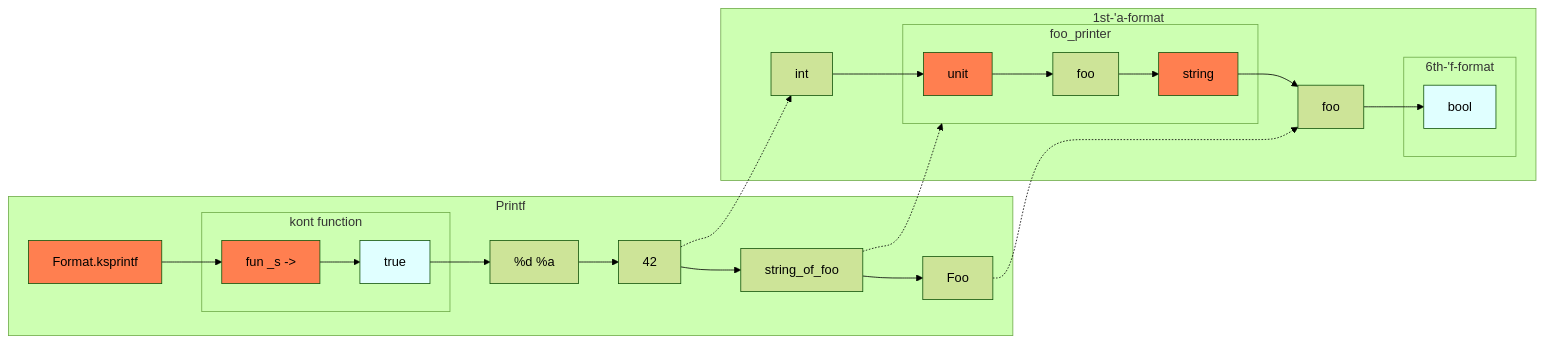
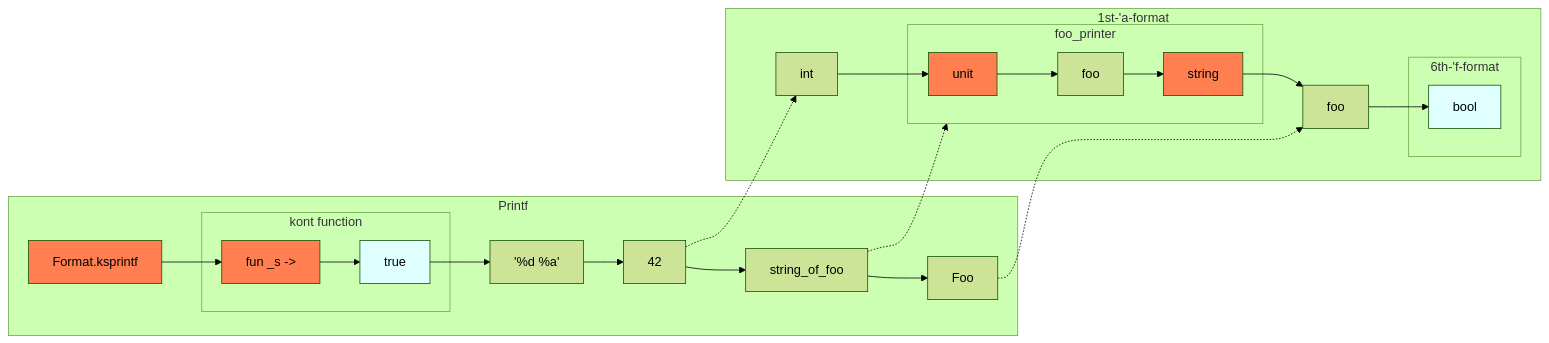
The fourth of 4 diagrams in _posts/2021/2021-01-15-format6-diagram.md (wengshiwei/wengshiwei.github.io), drawn with Mermaid (forest theme) before and after one commit.

```diff
--- a/_posts/2021/2021-01-15-format6-diagram.md
+++ b/_posts/2021/2021-01-15-format6-diagram.md
@@ -296,41 +296,41 @@
 <div class="mermaid">
 flowchart LR
   ou[unit]
   foo1[foo]
   foo2[foo]
 
   subgraph 1st-'a-format
     int --> ou
     subgraph foo_printer
         ou --> foo1 --> string
     end
     string --> foo2 --> bool
     subgraph 6th-'f-format
       bool
     end
   end
 
   subgraph Printf
     fksp[Format.ksprintf] --> farg
     subgraph kont function
       farg[fun _s ->] --> true
     end
-    true --> fmt[%d %a] --> 42 --> string_of_foo --> Foo
+    true --> fmt['%d %a'] --> 42 --> string_of_foo --> Foo
   end
 
   42 -.-> int
   string_of_foo -.-> foo_printer
   Foo -.-> foo2
 
   classDef coral fill:coral
   class fksp coral
   class ou coral
   class string coral
   class ld coral
   class string3 coral
   class farg coral
 
   classDef cyan fill:LightCyan
   class true cyan
   class bool cyan
 </div>
```
